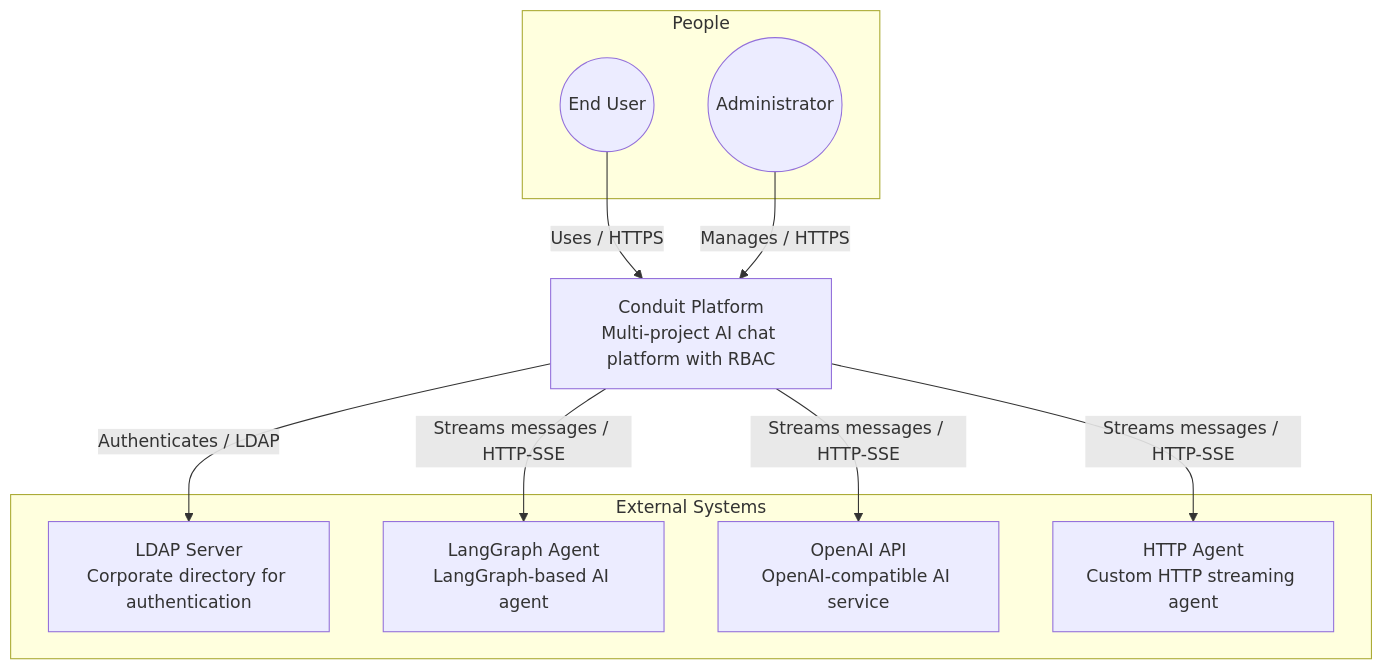
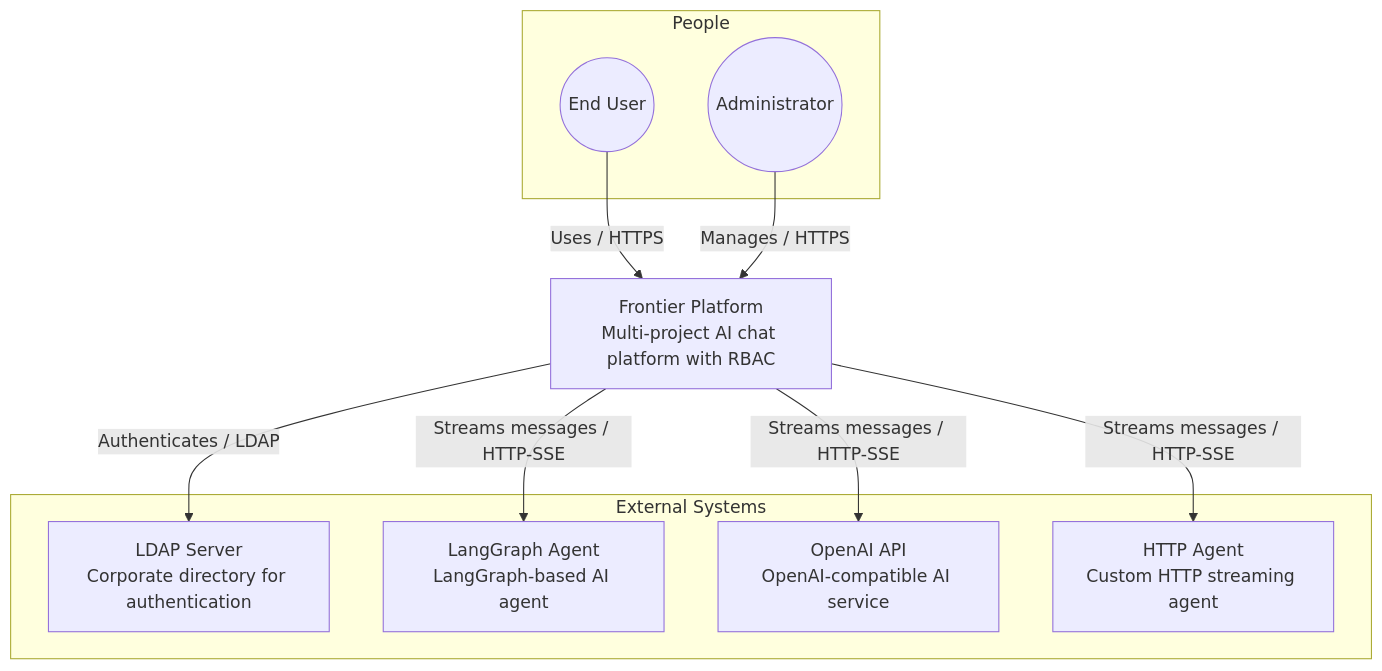
One commit to sweiyang/frontier changed the diagram in docs/ard/01-context.mmd. Above: the diagram before and after it, drawn with Mermaid. The commit also changed 60 other files, not shown here.

```diff
--- a/docs/ard/01-context.mmd
+++ b/docs/ard/01-context.mmd
@@ -1,22 +1,22 @@
-%% System Context - Conduit AI Chat Platform
+%% System Context - Frontier AI Chat Platform
 flowchart TB
     subgraph People
         user(("End User"))
         admin(("Administrator"))
     end
 
-    conduit["Conduit Platform<br/>Multi-project AI chat platform with RBAC"]
+    conduit["Frontier Platform<br/>Multi-project AI chat platform with RBAC"]
 
     subgraph External["External Systems"]
         ldap["LDAP Server<br/>Corporate directory for authentication"]
         langgraph["LangGraph Agent<br/>LangGraph-based AI agent"]
         openai["OpenAI API<br/>OpenAI-compatible AI service"]
         http_agent["HTTP Agent<br/>Custom HTTP streaming agent"]
     end
 
     user -->|Uses / HTTPS| conduit
     admin -->|Manages / HTTPS| conduit
     conduit -->|Authenticates / LDAP| ldap
     conduit -->|Streams messages / HTTP-SSE| langgraph
     conduit -->|Streams messages / HTTP-SSE| openai
     conduit -->|Streams messages / HTTP-SSE| http_agent
```
